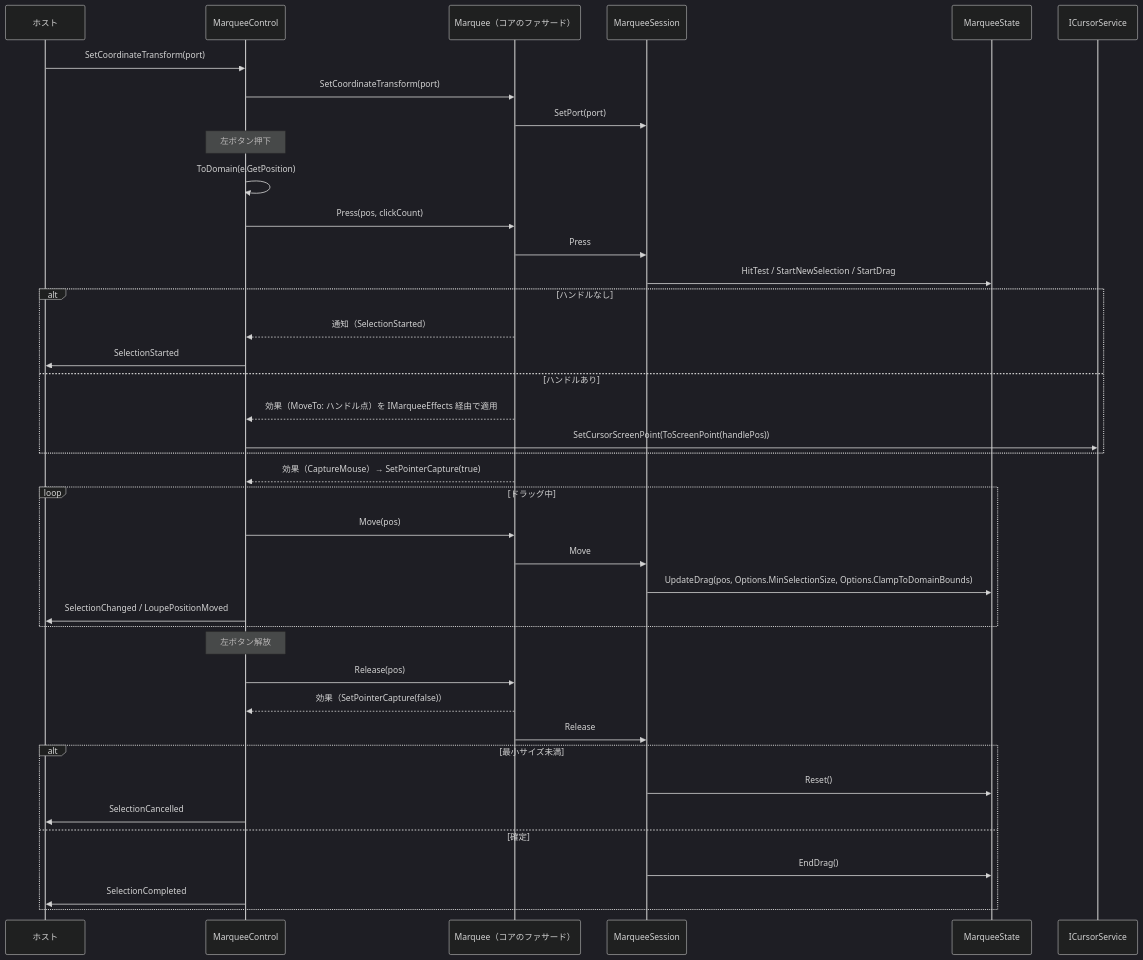
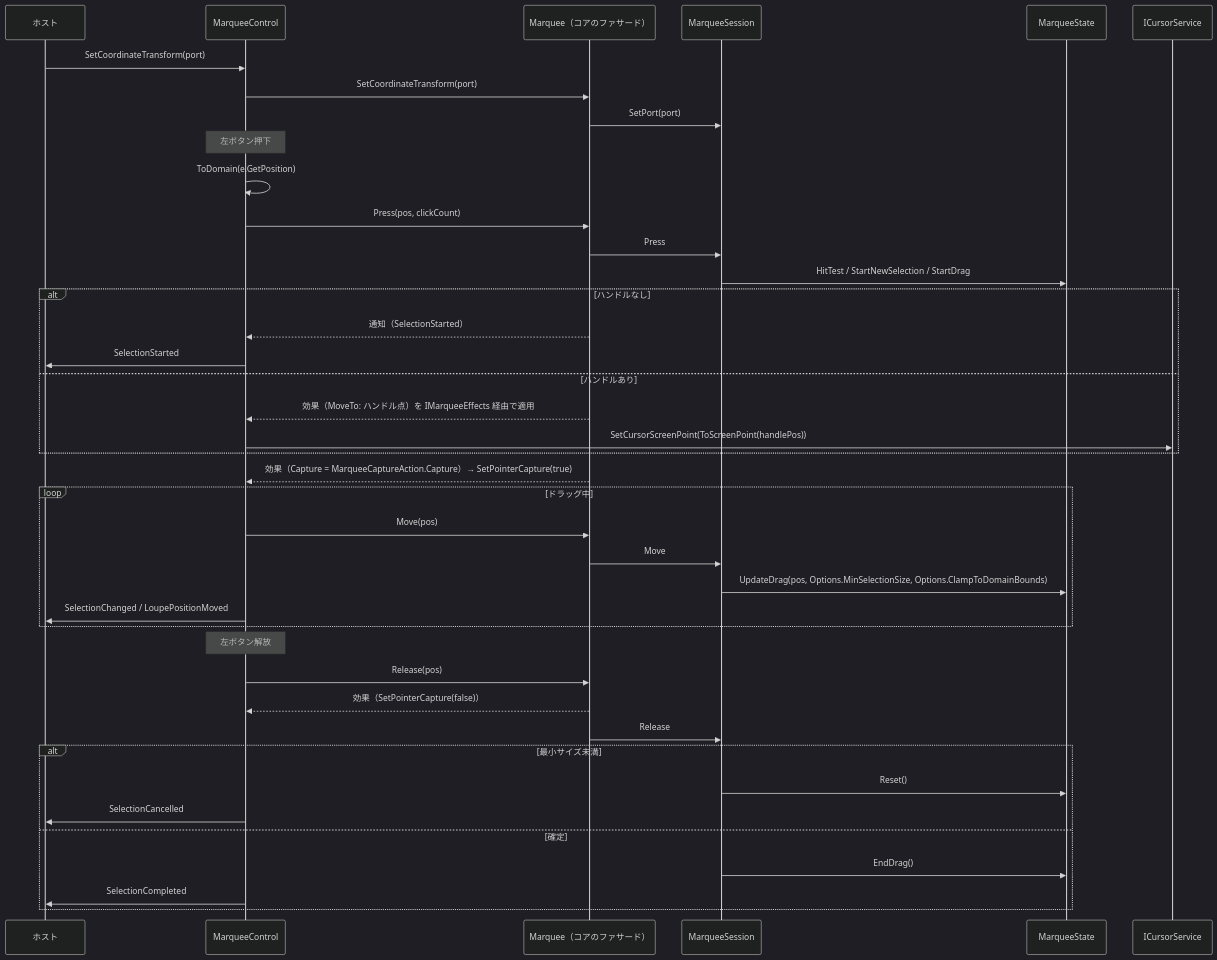
The second of 4 diagrams in src/MarqueeControl.MewUI/SPEC_System.md (tomokuni/SaveEvidence), drawn with Mermaid (dark theme) before and after one commit. The commit also changed other lines of this file and 220 other files, not shown here.

````diff
--- a/src/MarqueeControl.MewUI/SPEC_System.md
+++ b/src/MarqueeControl.MewUI/SPEC_System.md
@@ -253,43 +248,43 @@
 ```mermaid
 sequenceDiagram
     participant Host as ホスト
     participant Ctl as MarqueeControl
     participant Fac as Marquee（コアのファサード）
     participant Ses as MarqueeSession
     participant St as MarqueeState
     participant Cur as ICursorService
 
     Host->>Ctl: SetCoordinateTransform(port)
     Ctl->>Fac: SetCoordinateTransform(port)
     Fac->>Ses: SetPort(port)
     Note over Ctl: 左ボタン押下
     Ctl->>Ctl: ToDomain(e.GetPosition)
     Ctl->>Fac: Press(pos, clickCount)
     Fac->>Ses: Press
     Ses->>St: HitTest / StartNewSelection / StartDrag
     alt ハンドルなし
         Fac-->>Ctl: 通知（SelectionStarted）
         Ctl->>Host: SelectionStarted
     else ハンドルあり
         Fac-->>Ctl: 効果（MoveTo: ハンドル点）を IMarqueeEffects 経由で適用
         Ctl->>Cur: SetCursorScreenPoint(ToScreenPoint(handlePos))
     end
-    Fac-->>Ctl: 効果（CaptureMouse）→ SetPointerCapture(true)
+    Fac-->>Ctl: 効果（Capture = MarqueeCaptureAction.Capture）→ SetPointerCapture(true)
     loop ドラッグ中
         Ctl->>Fac: Move(pos)
         Fac->>Ses: Move
         Ses->>St: UpdateDrag(pos, Options.MinSelectionSize, Options.ClampToDomainBounds)
         Ctl->>Host: SelectionChanged / LoupePositionMoved
     end
     Note over Ctl: 左ボタン解放
     Ctl->>Fac: Release(pos)
     Fac-->>Ctl: 効果（SetPointerCapture(false)）
     Fac->>Ses: Release
     alt 最小サイズ未満
         Ses->>St: Reset()
         Ctl->>Host: SelectionCancelled
     else 確定
         Ses->>St: EndDrag()
         Ctl->>Host: SelectionCompleted
     end
 ```
````
